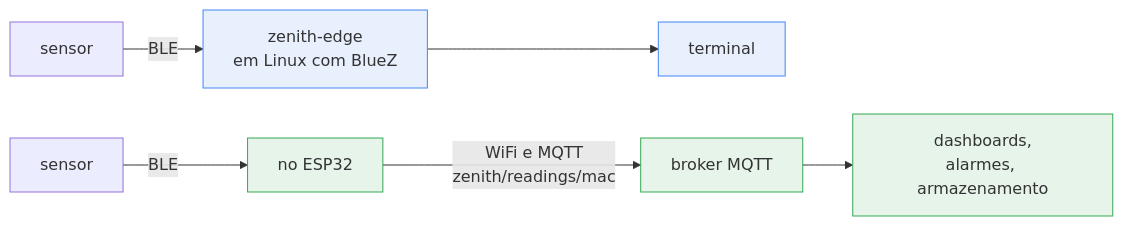
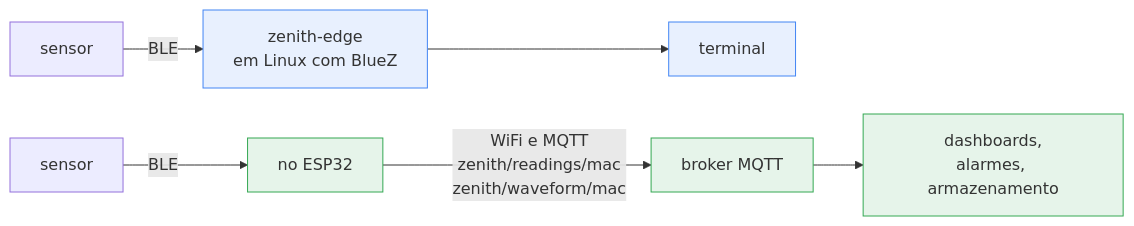
One commit to NatanBack77/zenith-edge-collector changed the fourth of 4 diagrams in docs/architecture.md. Above: the diagram before and after it, drawn with Mermaid. The commit also changed other lines of this file and 2 other files, not shown here.

````diff
--- a/docs/architecture.md
+++ b/docs/architecture.md
@@ -150,22 +150,22 @@
 ```mermaid
 flowchart LR
     S1["sensor"]
     GO["zenith-edge<br/>em Linux com BlueZ"]
     TERM["terminal"]
     S2["sensor"]
     ESP["no ESP32"]
     BROKER["broker MQTT"]
     APPS["dashboards,<br/>alarmes, armazenamento"]
 
     S1 -->|BLE| GO
     GO --> TERM
     S2 -->|BLE| ESP
-    ESP -->|"WiFi e MQTT<br/>zenith/readings/mac"| BROKER
+    ESP -->|"WiFi e MQTT<br/>zenith/readings/mac<br/>zenith/waveform/mac"| BROKER
     BROKER --> APPS
 
     style GO fill:#e8f0fe,stroke:#4285f4
     style TERM fill:#e8f0fe,stroke:#4285f4
     style ESP fill:#e6f4ea,stroke:#34a853
     style BROKER fill:#e6f4ea,stroke:#34a853
     style APPS fill:#e6f4ea,stroke:#34a853
 ```
````
